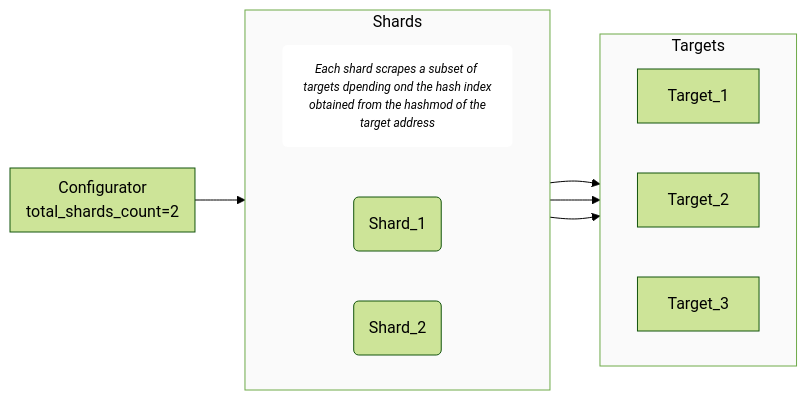
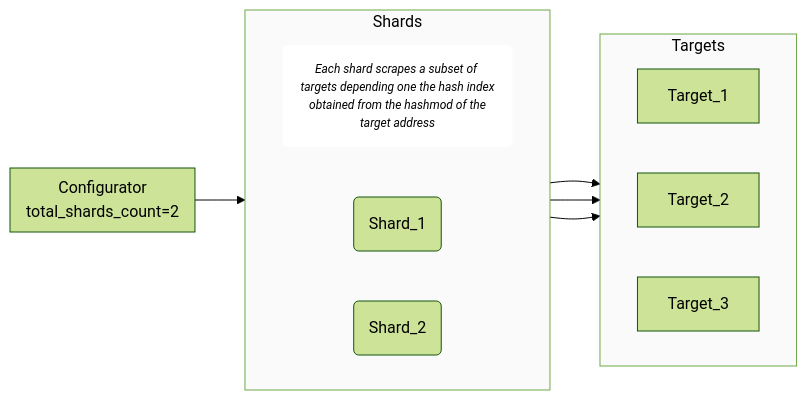
Before and after one commit to newrelic/newrelic-prometheus-configurator: the diagram in docs/Scaling.md, drawn with Mermaid (forest theme).

Commit message:
docs: fix codespell

````diff
--- a/docs/Scaling.md
+++ b/docs/Scaling.md
@@ -48,36 +48,36 @@
 ```mermaid
 flowchart LR
 
     subgraph configurator[Configurator\ntotal_shards_count=2]
     end
 
     subgraph shards[Shards]
         direction LR
-        desc(Each shard scrapes a subset of targets dpending ond the hash index\n obtained from the hashmod of the target address)
+        desc(Each shard scrapes a subset of targets depending one the hash index\n obtained from the hashmod of the target address)
         Shard_1(Shard_1)
         Shard_2(Shard_2)
     end
 
     subgraph targets[Targets]
         direction LR
         Target_1
         Target_2
         Target_3
     end
 
 configurator --> shards
 Shard_1 --> Target_1
 Shard_1 --> Target_3
 Shard_2 --> Target_2
 
 
 classDef plain fill:#fafafa,backgroud-color:transparent,color:#000;
 classDef text fill:#fff,stroke:transparent,color:#000,font-size:12px,font-style:italic;
 
 classDef shardy fill:#fff,stroke:transparent,color:#000,font-size:12px,font-style:italic;
 class s shardy;
 
 class desc text;
 class shards plain;
 class targets plain;
 ```
````
